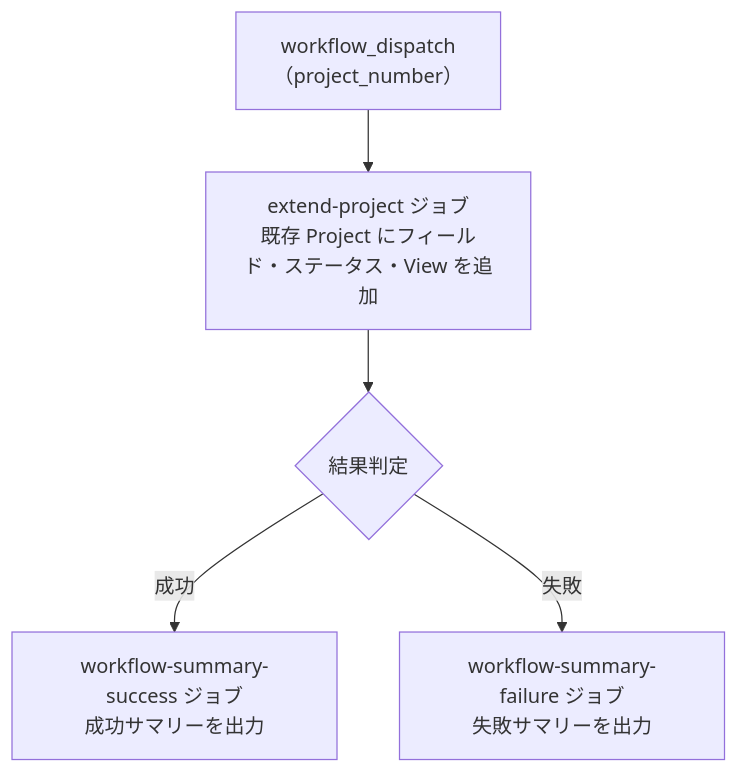
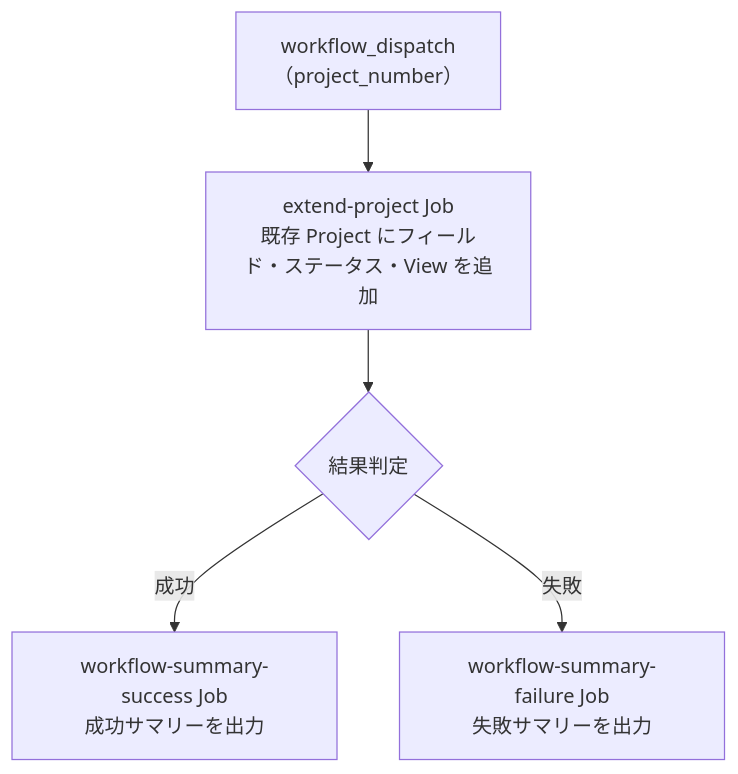
The diagram in docs/workflows/02-extend-project.md (lurest-inc/github-projects-ops-kit), drawn with Mermaid before and after one commit. The commit also changed other lines of this file and 26 other files, not shown here.

````diff
--- a/docs/workflows/02-extend-project.md
+++ b/docs/workflows/02-extend-project.md
@@ -47,7 +47,7 @@
 ```mermaid
 flowchart TD
-    A["workflow_dispatch\n（project_number）"] --> B["extend-project ジョブ\n既存 Project にフィールド・ステータス・View を追加"]
+    A["workflow_dispatch\n（project_number）"] --> B["extend-project Job\n既存 Project にフィールド・ステータス・View を追加"]
     B --> C{"結果判定"}
-    C -- "成功" --> D["workflow-summary-success ジョブ\n成功サマリーを出力"]
-    C -- "失敗" --> E["workflow-summary-failure ジョブ\n失敗サマリーを出力"]
+    C -- "成功" --> D["workflow-summary-success Job\n成功サマリーを出力"]
+    C -- "失敗" --> E["workflow-summary-failure Job\n失敗サマリーを出力"]
 ```
````
